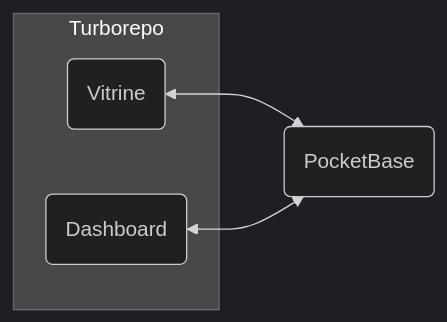
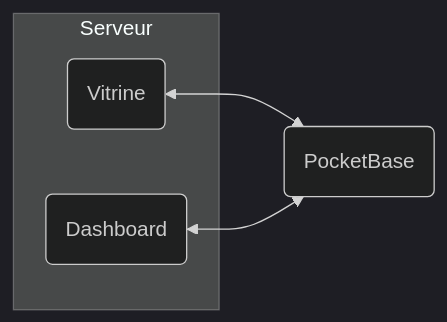
One commit to sovmulax/cid changed the diagram in README.md. Above: the diagram before and after it, drawn with Mermaid (dark theme). The commit also changed 206 other files, not shown here.

````diff
--- a/README.md
+++ b/README.md
@@ -7,10 +7,10 @@
 ```mermaid
 flowchart LR
-    subgraph Turborepo
+    subgraph Serveur
         web(Vitrine)
         admin(Dashboard)
     end
 
     web <--> pb(PocketBase)
     admin <--> pb
 ```
````
